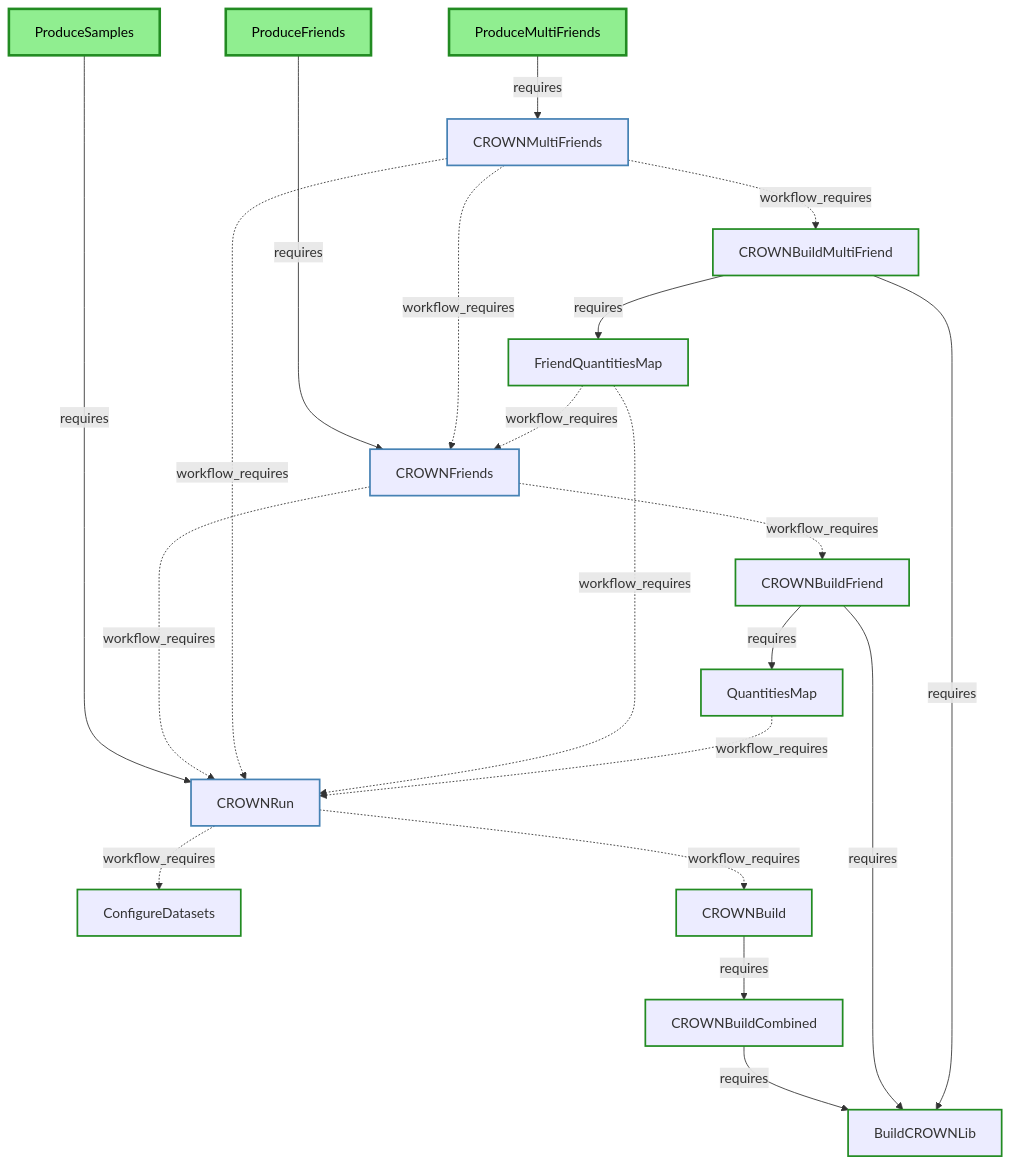
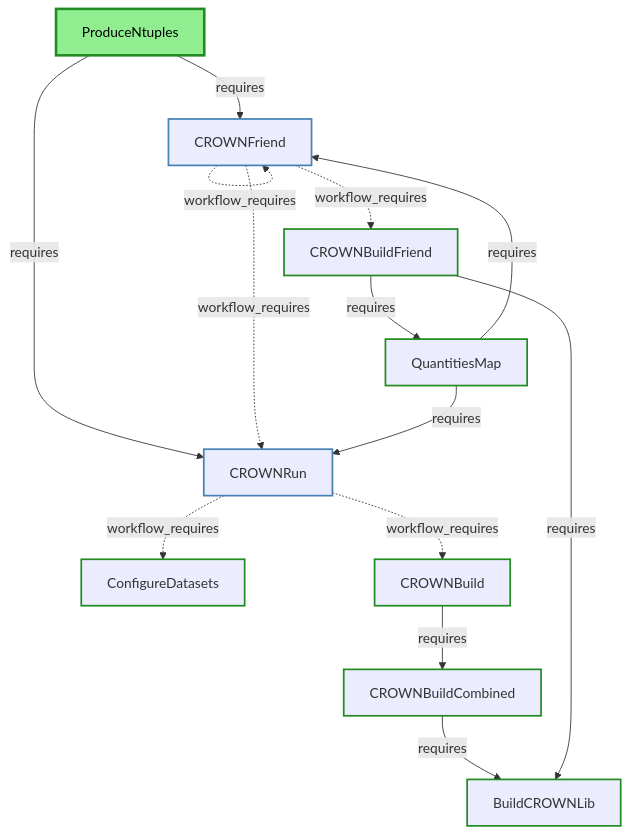
Before and after one commit to KIT-CMS/KingMaker: the second of 4 diagrams in processor/DEPENDENCIES_DIAGRAM.md, drawn with Mermaid. The commit also changed other lines of this file and 1 other file, not shown here.

Commit message:
adapt class diagram and dependencies diagram to changes

````diff
--- a/processor/DEPENDENCIES_DIAGRAM.md
+++ b/processor/DEPENDENCIES_DIAGRAM.md
@@ -30,69 +30,47 @@
 ```mermaid
 flowchart TD
-  %% CROWN Ntuple Production Tasks
-  ProduceSamples["ProduceSamples"]
+  %% CROWN Production Tasks (Unified)
+  ProduceNtuples["ProduceNtuples"]
   CROWNRun["CROWNRun"]
+  CROWNFriend["CROWNFriend"]
   ConfigureDatasets["ConfigureDatasets"]
   CROWNBuildCombined["CROWNBuildCombined"]
   CROWNBuild["CROWNBuild"]
   BuildCROWNLib["BuildCROWNLib"]
-
-  %% CROWN Friend Production Tasks
-  ProduceFriends["ProduceFriends"]
-  CROWNFriends["CROWNFriends"]
   CROWNBuildFriend["CROWNBuildFriend"]
   QuantitiesMap["QuantitiesMap"]
-
-  %% CROWN Multi-Friend Production Tasks
-  ProduceMultiFriends["ProduceMultiFriends"]
-  CROWNMultiFriends["CROWNMultiFriends"]
-  CROWNBuildMultiFriend["CROWNBuildMultiFriend"]
-  FriendQuantitiesMap["FriendQuantitiesMap"]
 
   %% === TASK DEPENDENCIES (requires/workflow_requires) ===
 
   %% CROWN Ntuple Production dependencies
   CROWNRun -.->|workflow_requires| ConfigureDatasets
   CROWNRun -.->|workflow_requires| CROWNBuild
   CROWNBuildCombined -->|requires| BuildCROWNLib
   CROWNBuild -->|requires| CROWNBuildCombined
-  ProduceSamples -------->|requires| CROWNRun
+  ProduceNtuples -->|requires| CROWNRun
+  ProduceNtuples -->|requires| CROWNFriend
 
   %% CROWN Friend Production dependencies
-  CROWNFriends -.->|workflow_requires| CROWNRun
-  CROWNFriends -.->|workflow_requires| CROWNBuildFriend
+  CROWNFriend -.->|workflow_requires| CROWNRun
+  CROWNFriend -.->|workflow_requires| CROWNBuildFriend
+  CROWNFriend -.->|workflow_requires| CROWNFriend
   CROWNBuildFriend -->|requires| QuantitiesMap
   CROWNBuildFriend -->|requires| BuildCROWNLib
-  ProduceFriends ----->|requires| CROWNFriends
-
-  %% CROWN Multi-Friend Production dependencies
-  CROWNMultiFriends -.->|workflow_requires| CROWNRun
-  CROWNMultiFriends -.->|workflow_requires| CROWNBuildMultiFriend
-  CROWNMultiFriends -.->|workflow_requires| CROWNFriends
-  CROWNBuildMultiFriend -->|requires| BuildCROWNLib
-  CROWNBuildMultiFriend -->|requires| FriendQuantitiesMap
-  FriendQuantitiesMap -.->|workflow_requires| CROWNRun
-  FriendQuantitiesMap -.->|workflow_requires| CROWNFriends
-  ProduceMultiFriends -->|requires| CROWNMultiFriends
-  QuantitiesMap -.->|workflow_requires| CROWNRun
+  QuantitiesMap -->|requires| CROWNRun
+  QuantitiesMap -->|requires| CROWNFriend
 
   %% Styling for top-level entry points
-  style ProduceSamples fill:#90EE90,stroke:#228B22,stroke-width:3px,color:#000
-  style ProduceFriends fill:#90EE90,stroke:#228B22,stroke-width:3px,color:#000
-  style ProduceMultiFriends fill:#90EE90,stroke:#228B22,stroke-width:3px,color:#000
+  style ProduceNtuples fill:#90EE90,stroke:#228B22,stroke-width:3px,color:#000
 
   %% Styling for workflow tasks
   style CROWNRun stroke:#4682B4,stroke-width:2px
-  style CROWNFriends stroke:#4682B4,stroke-width:2px
-  style CROWNMultiFriends stroke:#4682B4,stroke-width:2px
+  style CROWNFriend stroke:#4682B4,stroke-width:2px
 
   %% Styling for local tasks with green border
   style ConfigureDatasets stroke:#228B22,stroke-width:2px
   style CROWNBuildCombined stroke:#228B22,stroke-width:2px
   style CROWNBuild stroke:#228B22,stroke-width:2px
   style BuildCROWNLib stroke:#228B22,stroke-width:2px
   style CROWNBuildFriend stroke:#228B22,stroke-width:2px
   style QuantitiesMap stroke:#228B22,stroke-width:2px
-  style CROWNBuildMultiFriend stroke:#228B22,stroke-width:2px
-  style FriendQuantitiesMap stroke:#228B22,stroke-width:2px
 ```
````
